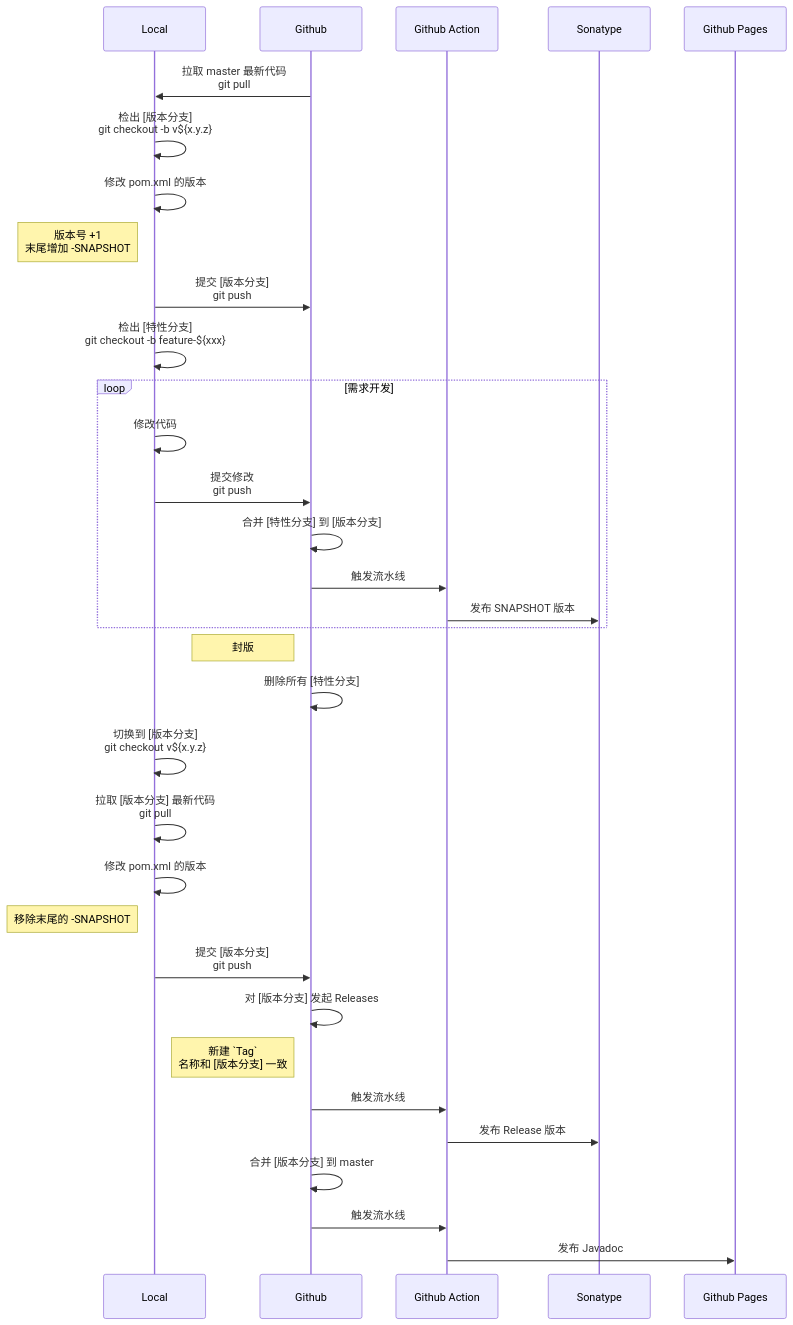
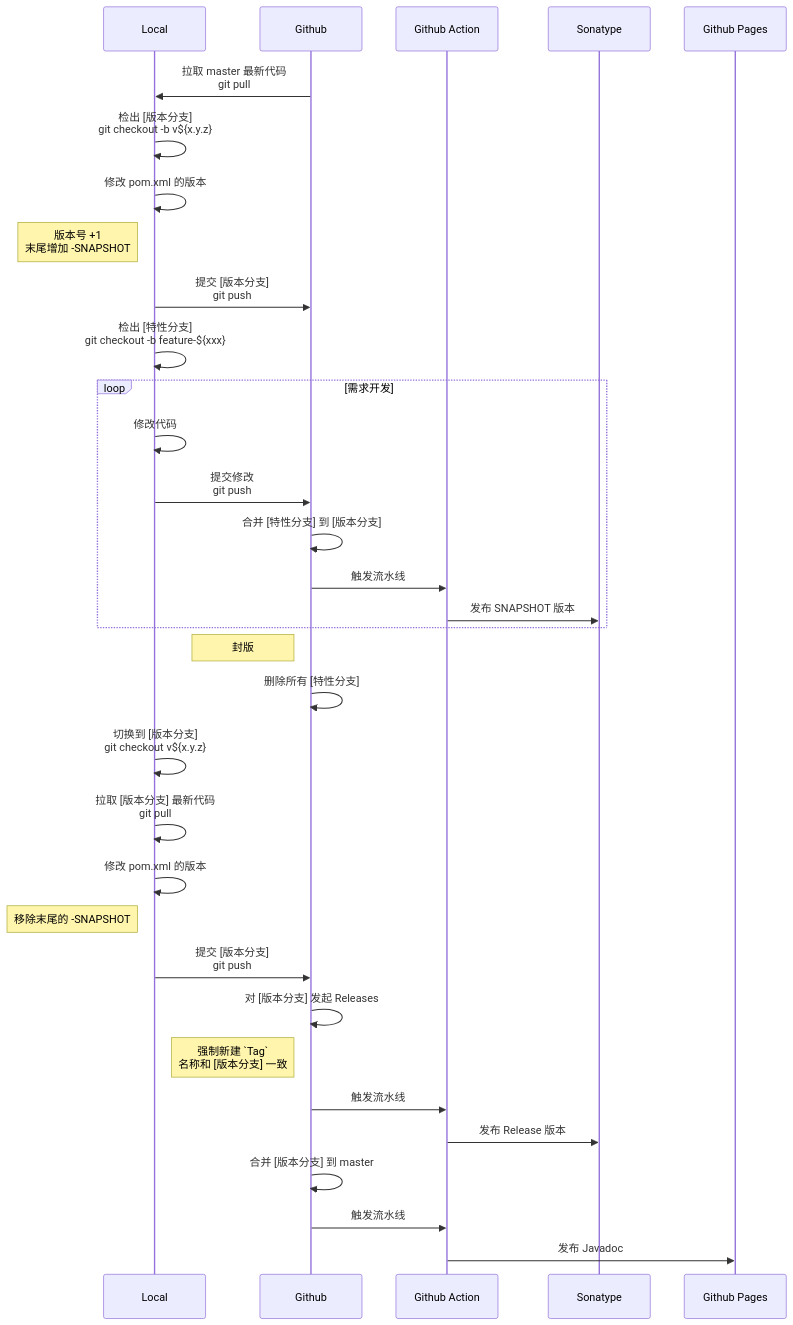
One commit to EXP-Codes/exp-libs-refactor changed the diagram in DevSOP.md. Above: the diagram before and after it, drawn with Mermaid. The commit also changed other lines of this file, not shown here.

Commit message:
发版流程示意图

````diff
--- a/DevSOP.md
+++ b/DevSOP.md
@@ -27,35 +27,35 @@
 ```mermaid
 sequenceDiagram
     participant Local
     participant Github
     participant Github Action
     participant Sonatype
     participant Github Pages
     Github->>Local: 拉取 master 最新代码<br/>git pull
     Local->>Local: 检出 [版本分支]<br/>git checkout -b v${x.y.z}
     Local->>Local: 修改 pom.xml 的版本
     Note left of Local: 版本号 +1<br/>末尾增加 -SNAPSHOT
     Local->>Github: 提交 [版本分支]<br/>git push
     Local->>Local: 检出 [特性分支]<br/>git checkout -b feature-${xxx}
     loop 需求开发
         Local->>Local: 修改代码
         Local->>Github: 提交修改<br/>git push
         Github->>Github: 合并 [特性分支] 到 [版本分支]
         Github->>Github Action: 触发流水线
         Github Action->>Sonatype: 发布 SNAPSHOT 版本
     end
     Note left of Github: 封版
     Github->>Github: 删除所有 [特性分支]
     Local->>Local: 切换到 [版本分支]<br/>git checkout v${x.y.z}
     Local->>Local: 拉取 [版本分支] 最新代码<br/>git pull
     Local->>Local: 修改 pom.xml 的版本
     Note left of Local: 移除末尾的 -SNAPSHOT
     Local->>Github: 提交 [版本分支]<br/>git push
     Github->>Github: 对 [版本分支] 发起 Releases
-    Note left of Github: 新建 `Tag`<br/>名称和 [版本分支] 一致
+    Note left of Github: 强制新建 `Tag`<br/>名称和 [版本分支] 一致
     Github->>Github Action: 触发流水线
     Github Action->>Sonatype: 发布 Release 版本
     Github->>Github: 合并 [版本分支] 到 master
     Github->>Github Action: 触发流水线
     Github Action->>Github Pages: 发布 Javadoc
 ```
````
